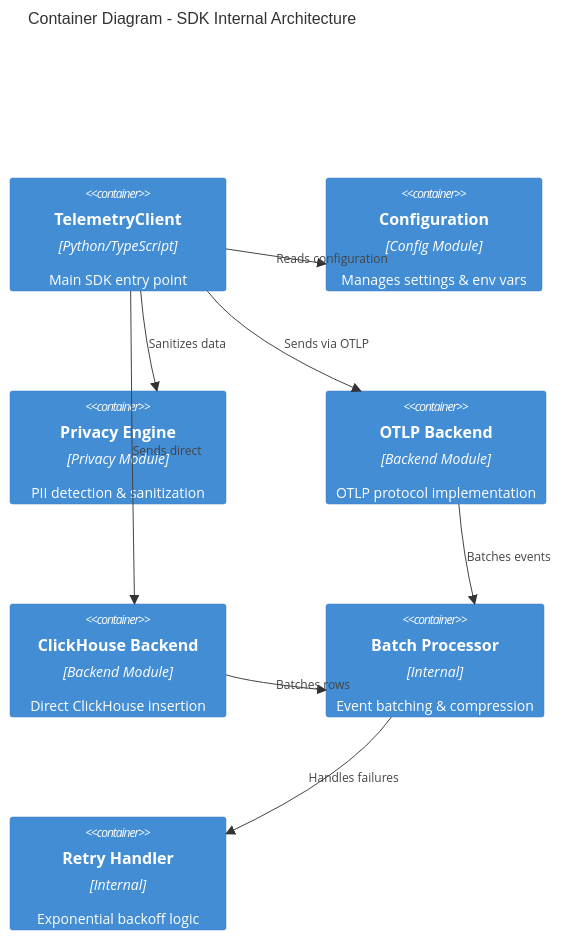
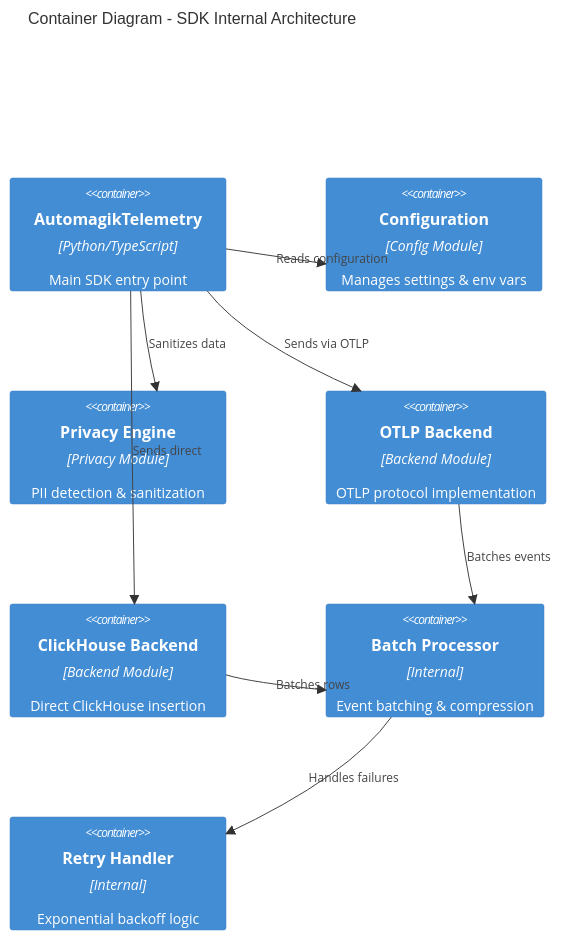
The third of 21 diagrams in docs/DEVELOPER_GUIDES/ARCHITECTURE.md (namastexlabs/automagik-telemetry), drawn with Mermaid before and after one commit. The commit also changed other lines of this file and 10 other files, not shown here.

````diff
--- a/docs/DEVELOPER_GUIDES/ARCHITECTURE.md
+++ b/docs/DEVELOPER_GUIDES/ARCHITECTURE.md
@@ -97,20 +97,20 @@
 ```mermaid
 C4Container
     title Container Diagram - SDK Internal Architecture
 
-    Container(client, "TelemetryClient", "Python/TypeScript", "Main SDK entry point")
+    Container(client, "AutomagikTelemetry", "Python/TypeScript", "Main SDK entry point")
     Container(config, "Configuration", "Config Module", "Manages settings & env vars")
     Container(privacy, "Privacy Engine", "Privacy Module", "PII detection & sanitization")
     Container(otlp_backend, "OTLP Backend", "Backend Module", "OTLP protocol implementation")
     Container(ch_backend, "ClickHouse Backend", "Backend Module", "Direct ClickHouse insertion")
     Container(batch, "Batch Processor", "Internal", "Event batching & compression")
     Container(retry, "Retry Handler", "Internal", "Exponential backoff logic")
 
     Rel(client, config, "Reads configuration")
     Rel(client, privacy, "Sanitizes data")
     Rel(client, otlp_backend, "Sends via OTLP")
     Rel(client, ch_backend, "Sends direct")
     Rel(otlp_backend, batch, "Batches events")
     Rel(ch_backend, batch, "Batches rows")
     Rel(batch, retry, "Handles failures")
 ```
````
